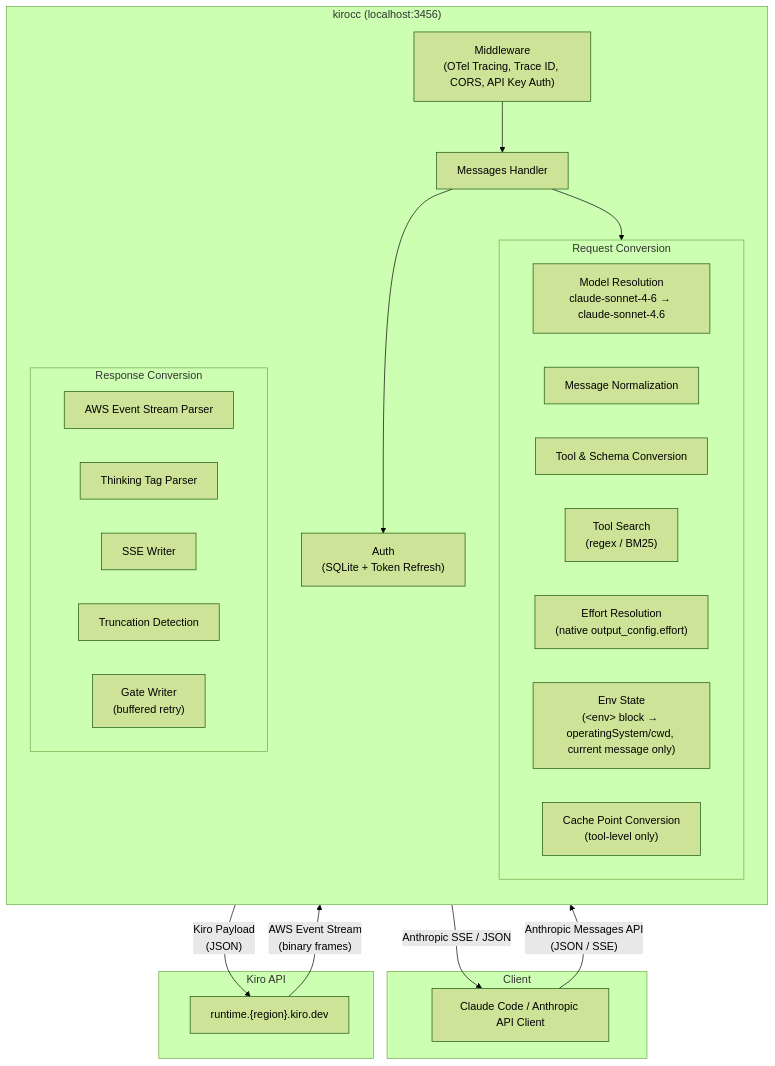
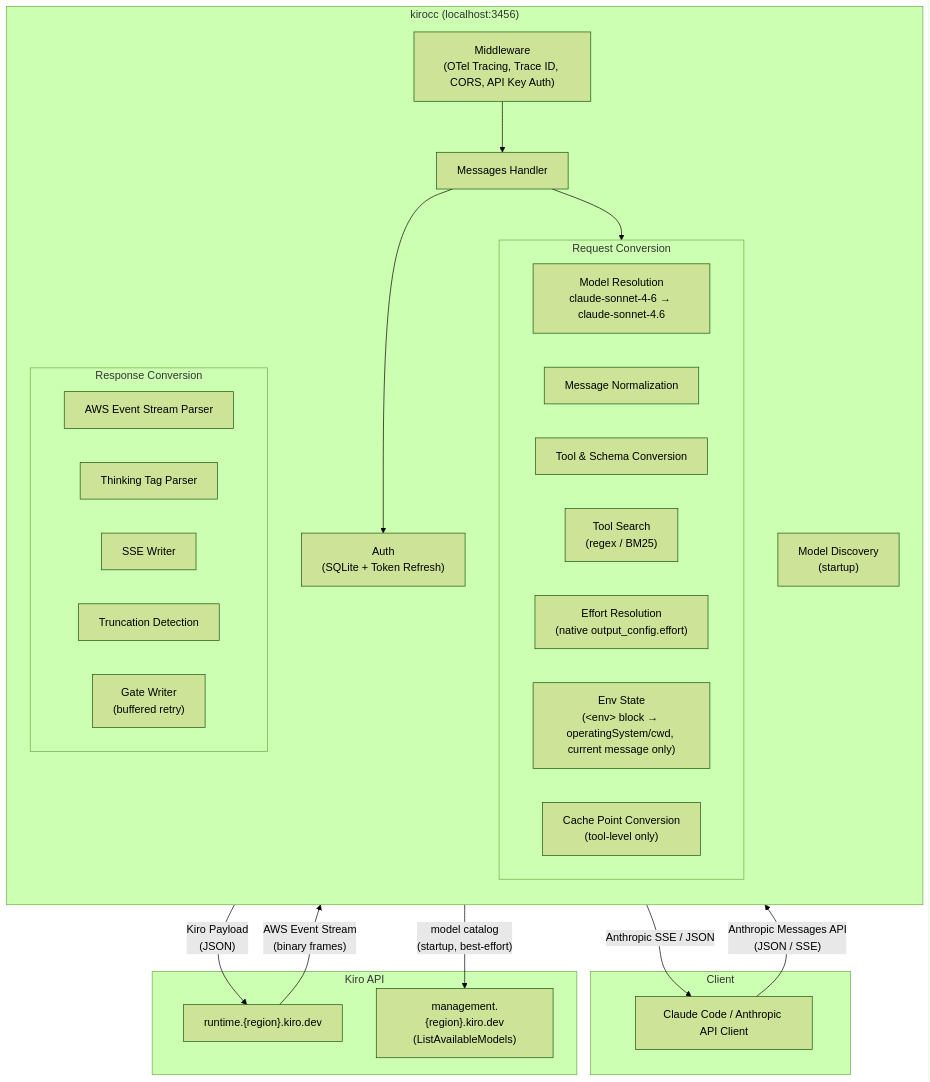
The diagram in README.md (jwuser00/kirocc), drawn with Mermaid (forest theme) before and after one commit. The commit also changed other lines of this file and 16 other files, not shown here.

````diff
--- a/README.md
+++ b/README.md
@@ -274,45 +306,48 @@
 ```mermaid
 flowchart TB
     subgraph Client
         CC["Claude Code / Anthropic API Client"]
     end
 
     subgraph kirocc ["kirocc (localhost:3456)"]
         direction TB
         MW["Middleware<br/>(OTel Tracing, Trace ID, CORS, API Key Auth)"]
         Handler["Messages Handler"]
         Auth["Auth<br/>(SQLite + Token Refresh)"]
+        Discovery["Model Discovery<br/>(startup)"]
 
         subgraph reqconv ["Request Conversion"]
             direction LR
             ModelResolve["Model Resolution<br/>claude-sonnet-4-6 → claude-sonnet-4.6"]
             MsgNorm["Message Normalization"]
             ToolConv["Tool & Schema Conversion"]
             ToolSearch["Tool Search<br/>(regex / BM25)"]
             EffortResolve["Effort Resolution<br/>(native output_config.effort)"]
             EnvState["Env State<br/>(&lt;env&gt; block → operatingSystem/cwd, current message only)"]
             CacheConv["Cache Point Conversion<br/>(tool-level only)"]
         end
 
         subgraph respconv ["Response Conversion"]
             direction LR
             EventParse["AWS Event Stream Parser"]
             ThinkingParse["Thinking Tag Parser"]
             SSEWrite["SSE Writer"]
             TruncDetect["Truncation Detection"]
             GateWrite["Gate Writer<br/>(buffered retry)"]
         end
     end
 
     subgraph Kiro ["Kiro API"]
         KiroAPI["runtime.{region}.kiro.dev"]
+        KiroMgmt["management.{region}.kiro.dev<br/>(ListAvailableModels)"]
     end
 
     CC -- "Anthropic Messages API<br/>(JSON / SSE)" --> MW
     MW --> Handler
     Handler --> Auth
     Handler --> reqconv
+    Discovery -- "model catalog<br/>(startup, best-effort)" --> KiroMgmt
     reqconv -- "Kiro Payload<br/>(JSON)" --> KiroAPI
     KiroAPI -- "AWS Event Stream<br/>(binary frames)" --> respconv
     respconv -- "Anthropic SSE / JSON" --> CC
 ```
````
